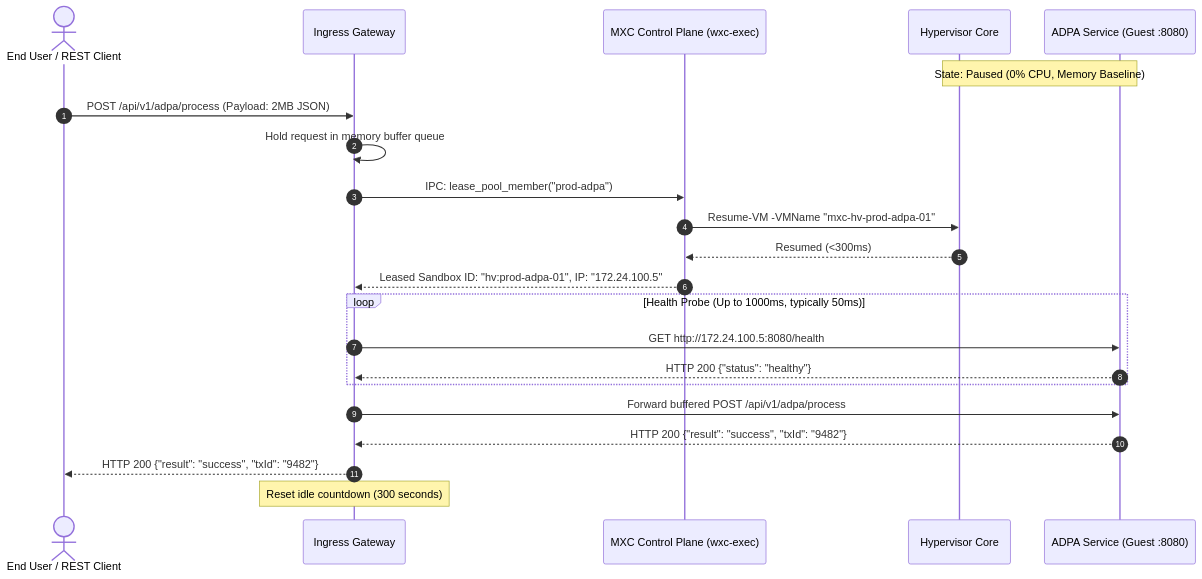
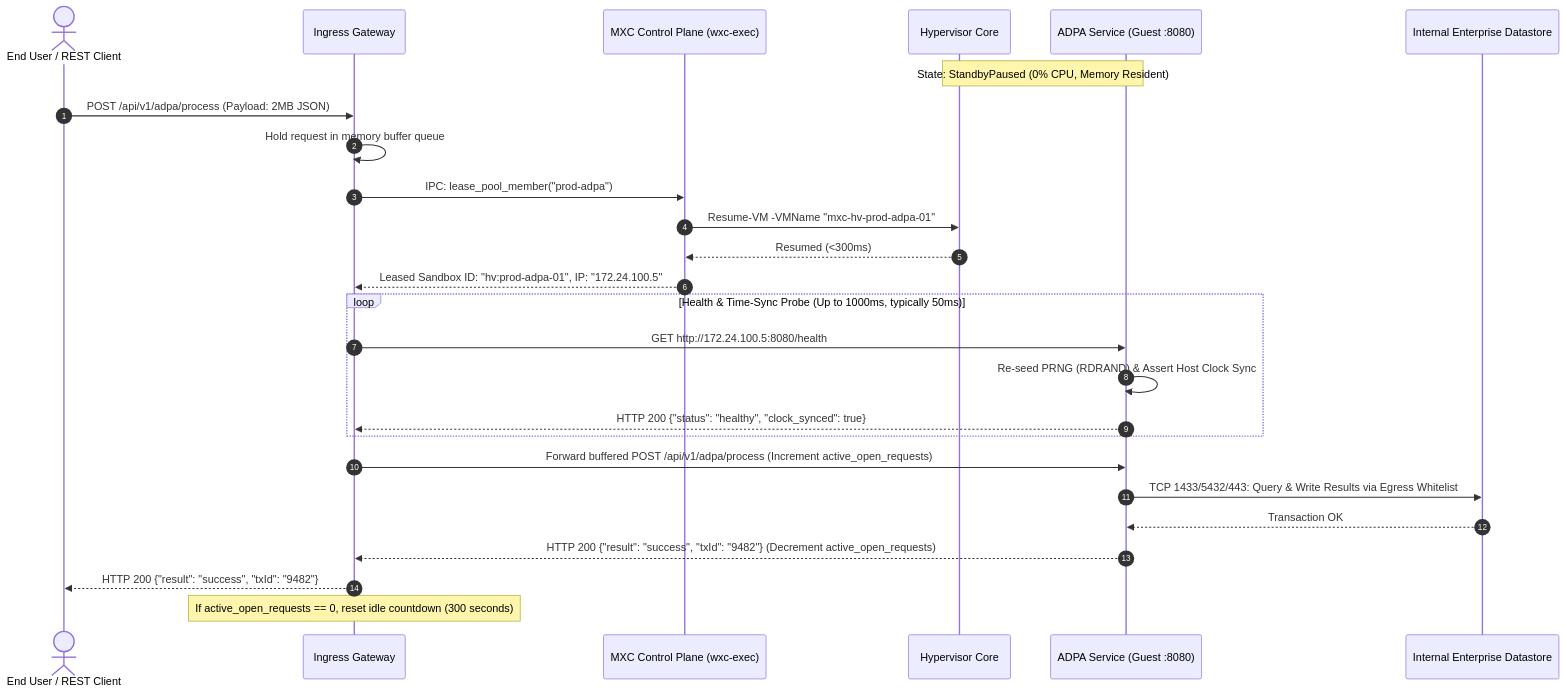
The second of 2 diagrams in docs/hyperv/architecture/FDD.md (mdresch/mxc), drawn with Mermaid before and after one commit. The commit also changed other lines of this file and 11 other files, not shown here.

Commit message:
docs(hyperv): resolve technical contradictions in memory compaction, egress datastore whitelist, PRNG entropy, and merged docx

````diff
--- a/docs/hyperv/architecture/FDD.md
+++ b/docs/hyperv/architecture/FDD.md
@@ -122,25 +130,29 @@
 ```mermaid
 sequenceDiagram
     autonumber
     actor Client as End User / REST Client
     participant Proxy as Ingress Gateway
     participant MXC as MXC Control Plane (wxc-exec)
     participant HyperV as Hypervisor Core
     participant Guest as ADPA Service (Guest :8080)
+    participant DB as Internal Enterprise Datastore
 
-    Note over HyperV,Guest: State: Paused (0% CPU, Memory Baseline)
+    Note over HyperV,Guest: State: StandbyPaused (0% CPU, Memory Resident)
     Client->>Proxy: POST /api/v1/adpa/process (Payload: 2MB JSON)
     Proxy->>Proxy: Hold request in memory buffer queue
     Proxy->>MXC: IPC: lease_pool_member("prod-adpa")
     MXC->>HyperV: Resume-VM -VMName "mxc-hv-prod-adpa-01"
     HyperV-->>MXC: Resumed (<300ms)
     MXC-->>Proxy: Leased Sandbox ID: "hv:prod-adpa-01", IP: "172.24.100.5"
-    loop Health Probe (Up to 1000ms, typically 50ms)
+    loop Health & Time-Sync Probe (Up to 1000ms, typically 50ms)
         Proxy->>Guest: GET http://172.24.100.5:8080/health
-        Guest-->>Proxy: HTTP 200 {"status": "healthy"}
+        Guest->>Guest: Re-seed PRNG (RDRAND) & Assert Host Clock Sync
+        Guest-->>Proxy: HTTP 200 {"status": "healthy", "clock_synced": true}
     end
-    Proxy->>Guest: Forward buffered POST /api/v1/adpa/process
-    Guest-->>Proxy: HTTP 200 {"result": "success", "txId": "9482"}
+    Proxy->>Guest: Forward buffered POST /api/v1/adpa/process (Increment active_open_requests)
+    Guest->>DB: TCP 1433/5432/443: Query & Write Results via Egress Whitelist
+    DB-->>Guest: Transaction OK
+    Guest-->>Proxy: HTTP 200 {"result": "success", "txId": "9482"} (Decrement active_open_requests)
     Proxy-->>Client: HTTP 200 {"result": "success", "txId": "9482"}
-    Note over Proxy: Reset idle countdown (300 seconds)
+    Note over Proxy: If active_open_requests == 0, reset idle countdown (300 seconds)
 ```
````
